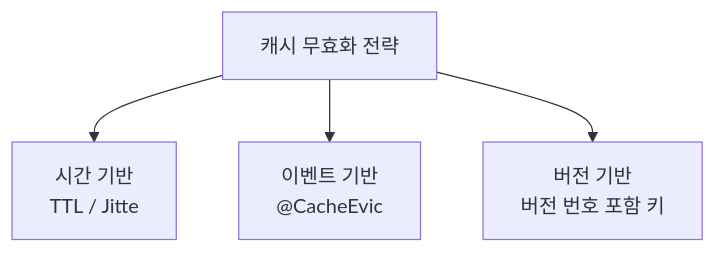
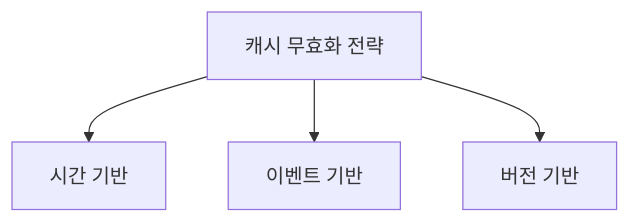
One commit to yjkim2015/yjkim2015.github.io changed the eighth of 8 diagrams in _posts/caching/2026-05-03-cache-invalidation.md. Above: the diagram before and after it, drawn with Mermaid. The commit also changed other lines of this file and 217 other files, not shown here.

First line of the commit message:
Mermaid 크기 수정: useMaxWidth:true + SVG max-width:100% + 라벨 축소

````diff
--- a/_posts/caching/2026-05-03-cache-invalidation.md
+++ b/_posts/caching/2026-05-03-cache-invalidation.md
@@ -722,7 +722,7 @@
 ```mermaid
 graph TD
     A["캐시 무효화 전략"]
-    A --> B["시간 기반\nTTL / Jitte"]
-    A --> C["이벤트 기반\n@CacheEvic"]
-    A --> D["버전 기반\n버전 번호 포함 키"]
+    A --> B["시간 기반"]
+    A --> C["이벤트 기반"]
+    A --> D["버전 기반"]
 ```
````
